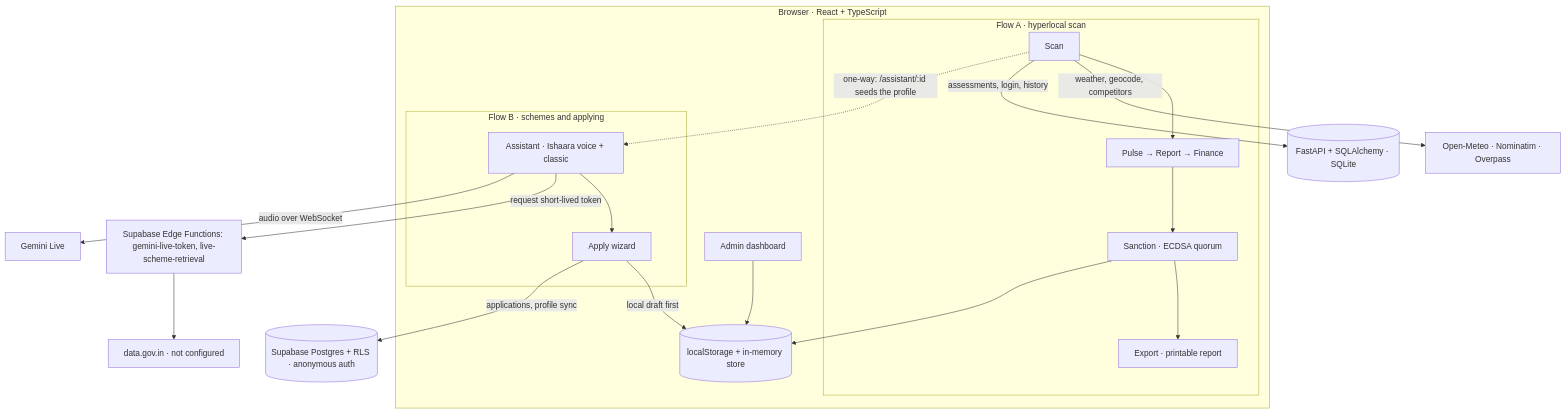
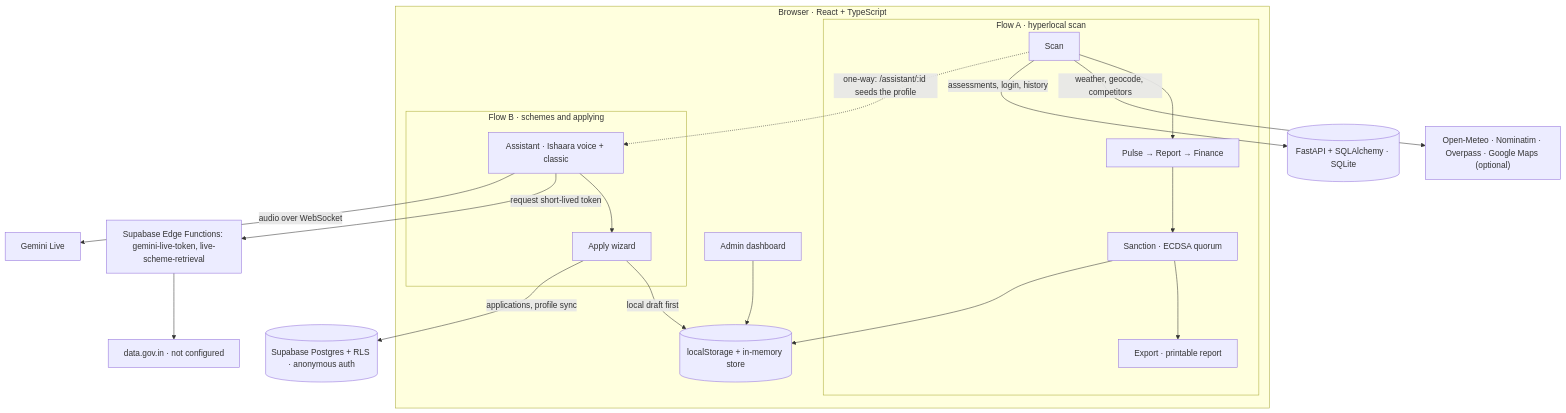
Before and after one commit to Kashif2310-bot/sih2026-local: the diagram in README.md, drawn with Mermaid. The commit also changed other lines of this file, not shown here.

First line of the commit message:
docs(readme): final submission pass — team roles, Maps feature, consistency check

````diff
--- a/README.md
+++ b/README.md
@@ -135,31 +137,31 @@
 ```mermaid
 flowchart TB
   subgraph browser["Browser · React + TypeScript"]
     subgraph flowA["Flow A · hyperlocal scan"]
       scan["Scan"] --> steps["Pulse → Report → Finance"] --> sanction["Sanction · ECDSA quorum"] --> export["Export · printable report"]
     end
     subgraph flowB["Flow B · schemes and applying"]
       assistant["Assistant · Ishaara voice + classic"] --> apply["Apply wizard"]
     end
     admin["Admin dashboard"]
     local[("localStorage + in-memory store")]
   end
 
   fastapi[("FastAPI + SQLAlchemy · SQLite")]
   supabase[("Supabase Postgres + RLS · anonymous auth")]
   fns["Supabase Edge Functions: gemini-live-token, live-scheme-retrieval"]
   gemini["Gemini Live"]
   datagov["data.gov.in · not configured"]
-  geo["Open-Meteo · Nominatim · Overpass"]
+  geo["Open-Meteo · Nominatim · Overpass · Google Maps (optional)"]
 
   scan -->|"weather, geocode, competitors"| geo
   scan -->|"assessments, login, history"| fastapi
   sanction --> local
   admin --> local
   apply -->|"local draft first"| local
   apply -->|"applications, profile sync"| supabase
   assistant -->|"request short-lived token"| fns
   assistant -->|"audio over WebSocket"| gemini
   fns --> datagov
   scan -.->|"one-way: /assistant/:id seeds the profile"| assistant
 ```
````
